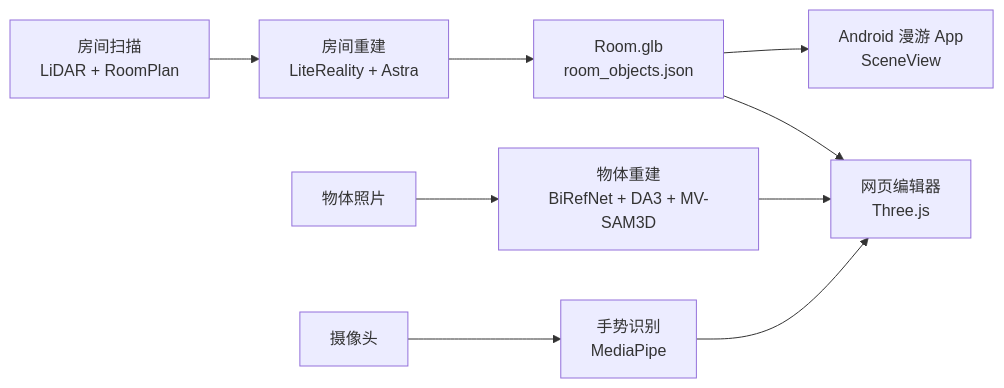
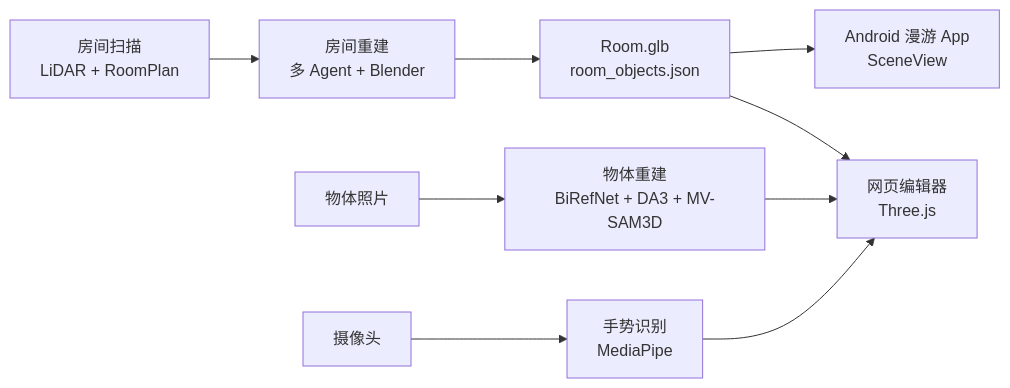
Before and after one commit to innovationasuna/RoomCanvas: the diagram in README.md, drawn with Mermaid. The commit also changed other lines of this file and 83 other files, not shown here.

````diff
--- a/README.md
+++ b/README.md
@@ -200,10 +220,10 @@
 ```mermaid
 flowchart LR
-  scan["房间扫描<br/>LiDAR + RoomPlan"] --> room["房间重建<br/>LiteReality + Astra"]
+  scan["房间扫描<br/>LiDAR + RoomPlan"] --> room["房间重建<br/>多 Agent + Blender"]
   room --> glb["Room.glb<br/>room_objects.json"]
   photos["物体照片"] --> object["物体重建<br/>BiRefNet + DA3 + MV-SAM3D"]
   glb --> editor["网页编辑器<br/>Three.js"]
   object --> editor
   camera["摄像头"] --> gesture["手势识别<br/>MediaPipe"] --> editor
   glb --> app["Android 漫游 App<br/>SceneView"]
 ```
````
